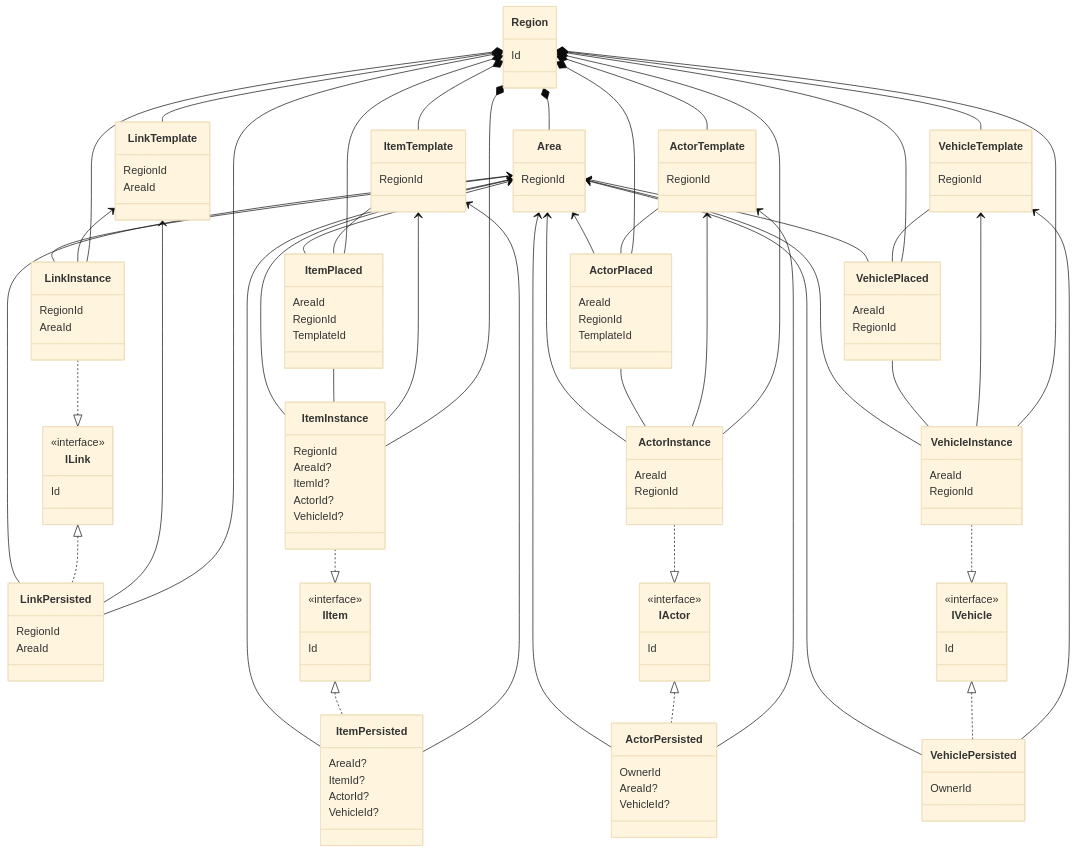
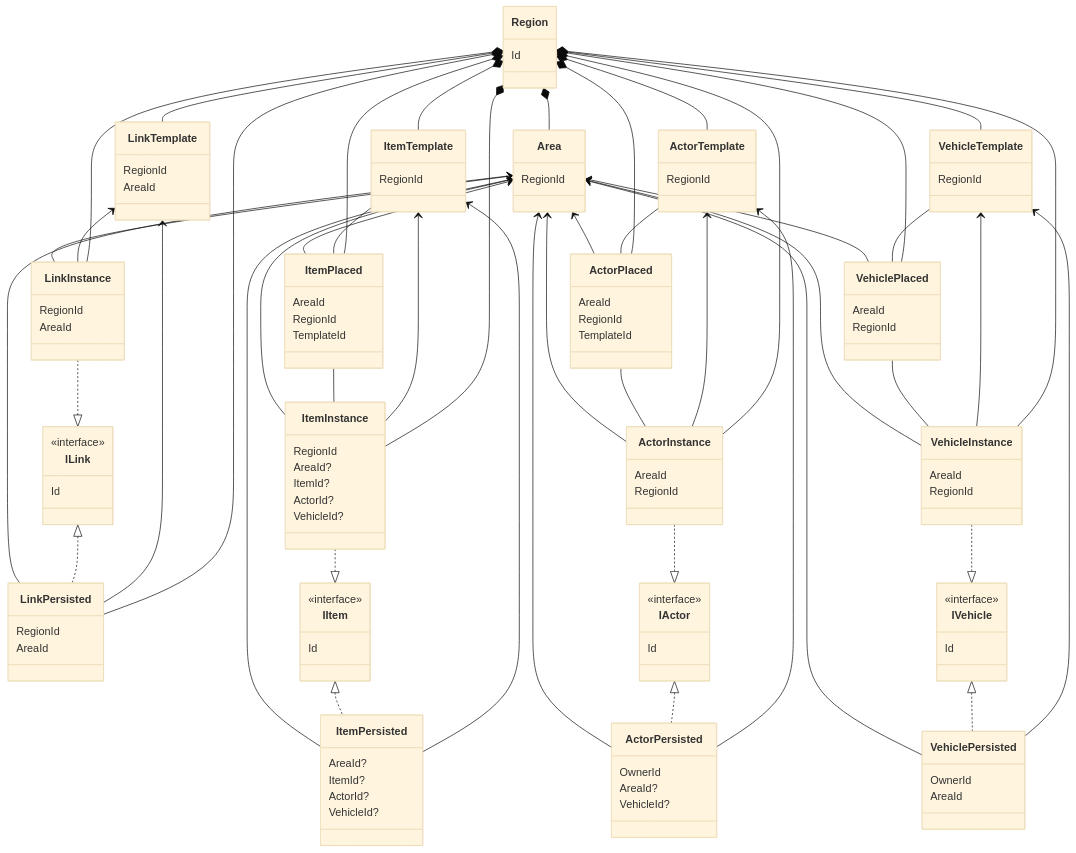
One commit to blazormud/blazormud changed the second of 3 diagrams in docs/GameObjects.md. Above: the diagram before and after it, drawn with Mermaid (base theme). The commit also changed other lines of this file and 58 other files, not shown here.

```diff
--- a/docs/GameObjects.md
+++ b/docs/GameObjects.md
@@ -225,6 +226,7 @@
 }
 class VehiclePersisted {
   OwnerId
+  AreaId
 }
 
 Region *-- Area
```
